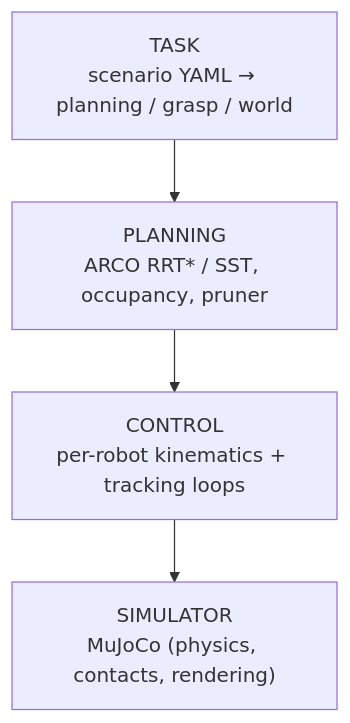
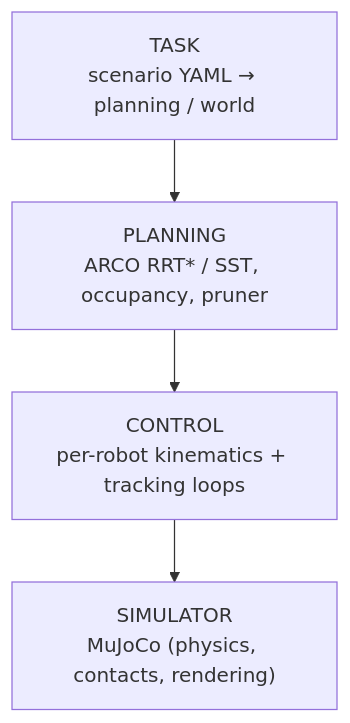
One commit to alexandrelheinen/fret changed the first of 2 diagrams in README.md. Above: the diagram before and after it, drawn with Mermaid. The commit also changed other lines of this file and 115 other files, not shown here.

````diff
--- a/README.md
+++ b/README.md
@@ -135,9 +131,9 @@
 ```mermaid
 flowchart TB
-    TASK["TASK<br/>scenario YAML → planning / grasp / world"]
+    TASK["TASK<br/>scenario YAML → planning / world"]
     PLANNING["PLANNING<br/>ARCO RRT* / SST, occupancy, pruner"]
     CONTROL["CONTROL<br/>per-robot kinematics + tracking loops"]
     SIMULATOR["SIMULATOR<br/>MuJoCo (physics, contacts, rendering)"]
 
     TASK --> PLANNING --> CONTROL --> SIMULATOR
 ```
````
